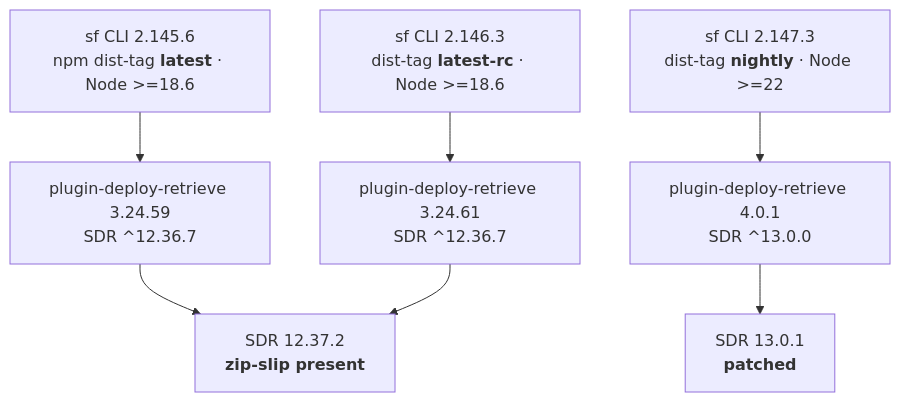
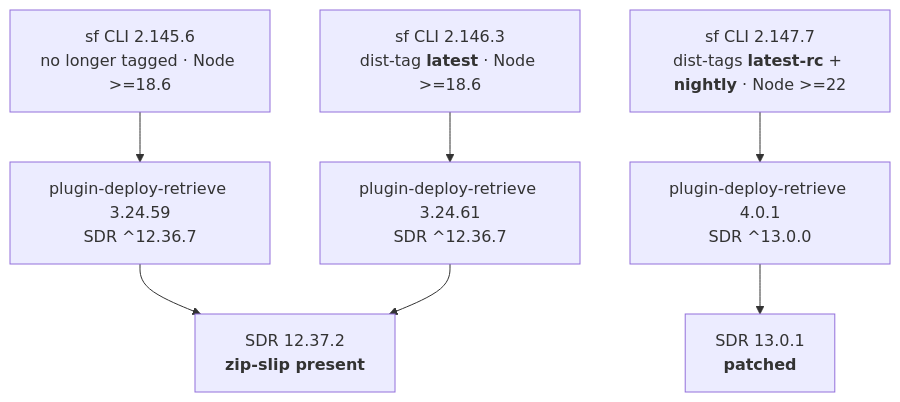
Before and after one commit to Daniel-Deepak-Dev/myLearning: the second of 2 diagrams in AI_Data/05-release-radar/developer-tooling-and-apis.md, drawn with Mermaid. The commit also changed other lines of this file and 13 other files, not shown here.

````diff
--- a/AI_Data/05-release-radar/developer-tooling-and-apis.md
+++ b/AI_Data/05-release-radar/developer-tooling-and-apis.md
@@ -67,9 +78,9 @@
 ```mermaid
 flowchart TD
-    A["sf CLI 2.145.6<br/>npm dist-tag <b>latest</b> · Node >=18.6"] --> B["plugin-deploy-retrieve 3.24.59<br/>SDR ^12.36.7"]
+    A["sf CLI 2.145.6<br/>no longer tagged · Node >=18.6"] --> B["plugin-deploy-retrieve 3.24.59<br/>SDR ^12.36.7"]
     B --> C["SDR 12.37.2<br/><b>zip-slip present</b>"]
-    D["sf CLI 2.146.3<br/>dist-tag <b>latest-rc</b> · Node >=18.6"] --> E["plugin-deploy-retrieve 3.24.61<br/>SDR ^12.36.7"]
+    D["sf CLI 2.146.3<br/>dist-tag <b>latest</b> · Node >=18.6"] --> E["plugin-deploy-retrieve 3.24.61<br/>SDR ^12.36.7"]
     E --> C
-    F["sf CLI 2.147.3<br/>dist-tag <b>nightly</b> · Node >=22"] --> G["plugin-deploy-retrieve 4.0.1<br/>SDR ^13.0.0"]
+    F["sf CLI 2.147.7<br/>dist-tags <b>latest-rc</b> + <b>nightly</b> · Node >=22"] --> G["plugin-deploy-retrieve 4.0.1<br/>SDR ^13.0.0"]
     G --> H["SDR 13.0.1<br/><b>patched</b>"]
 ```
````
